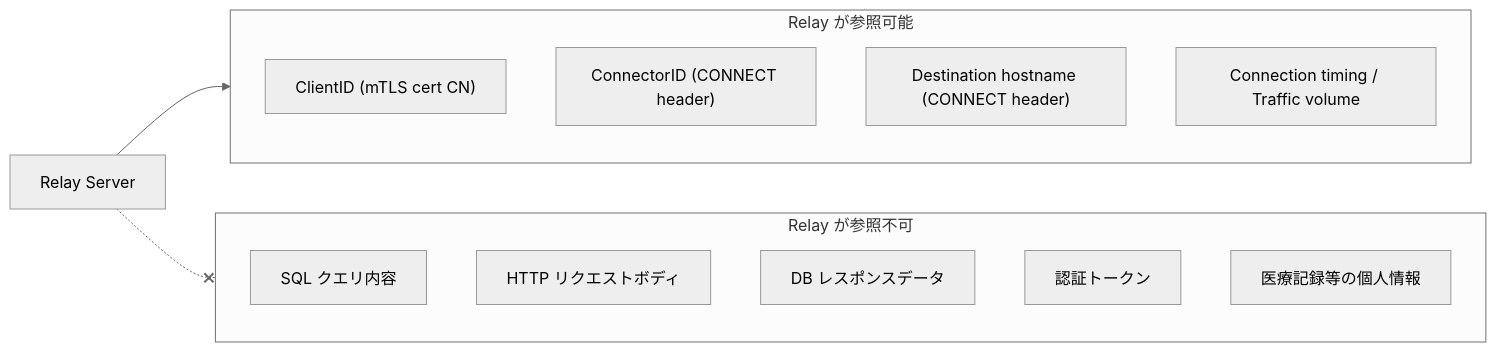
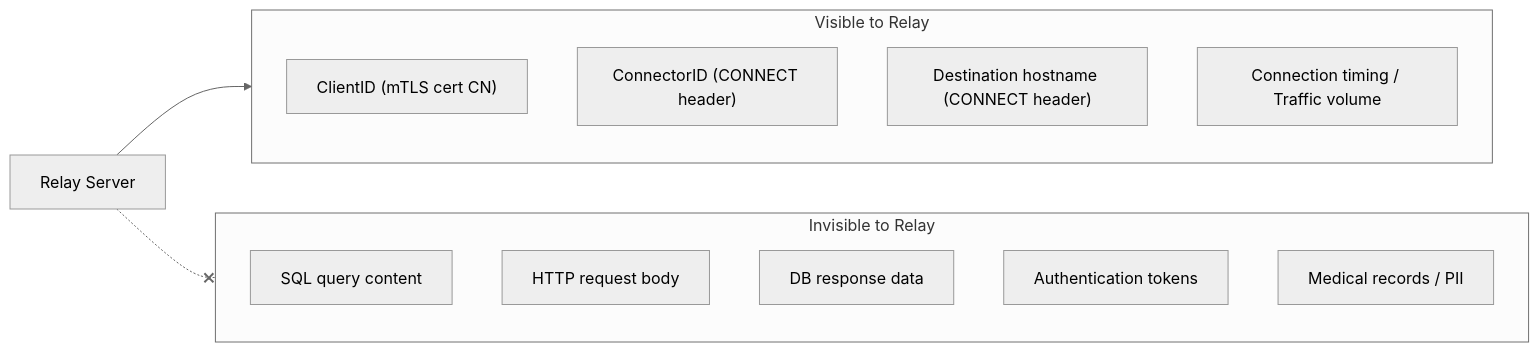
The third of 9 diagrams in .claude/plans/e2e-encryption-design.md (guni1192/zgate), drawn with Mermaid (neutral theme) before and after one commit. The commit also changed other lines of this file, not shown here.

````diff
--- a/.claude/plans/e2e-encryption-design.md
+++ b/.claude/plans/e2e-encryption-design.md
@@ -95,20 +95,20 @@
 ```mermaid
 graph LR
-    subgraph Visible["Relay が参照可能"]
+    subgraph Visible["Visible to Relay"]
         M1["ClientID (mTLS cert CN)"]
         M2["ConnectorID (CONNECT header)"]
         M3["Destination hostname (CONNECT header)"]
         M4["Connection timing / Traffic volume"]
     end
 
-    subgraph Invisible["Relay が参照不可"]
-        E1["SQL クエリ内容"]
-        E2["HTTP リクエストボディ"]
-        E3["DB レスポンスデータ"]
-        E4["認証トークン"]
-        E5["医療記録等の個人情報"]
+    subgraph Invisible["Invisible to Relay"]
+        E1["SQL query content"]
+        E2["HTTP request body"]
+        E3["DB response data"]
+        E4["Authentication tokens"]
+        E5["Medical records / PII"]
     end
 
     Relay["Relay Server"] --> Visible
     Relay -.-x Invisible
 ```
````
